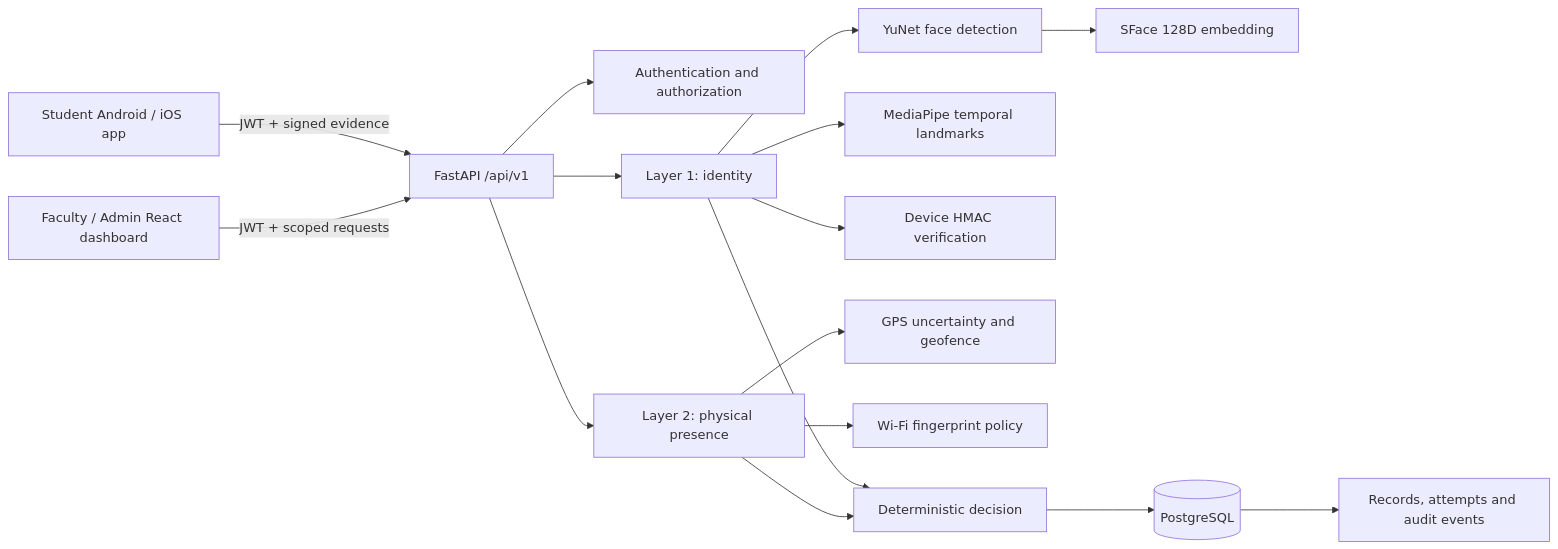
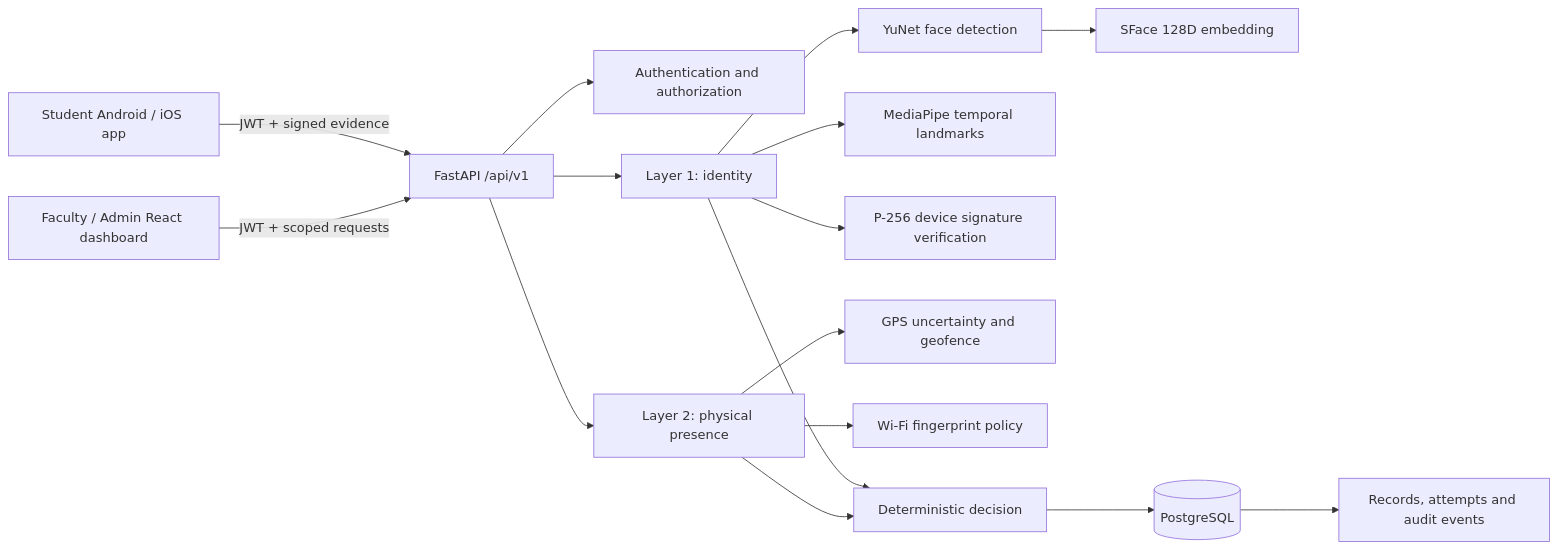
The first of 3 diagrams in docs/SYSTEM_ARCHITECTURE.md (Anishpantham/Secure-Presence-Verification-System-SVPS---Attendance-Software), drawn with Mermaid before and after one commit. The commit also changed other lines of this file and 98 other files, not shown here.

````diff
--- a/docs/SYSTEM_ARCHITECTURE.md
+++ b/docs/SYSTEM_ARCHITECTURE.md
@@ -5,18 +5,18 @@
 ```mermaid
 flowchart LR
   Student[Student Android / iOS app] -->|JWT + signed evidence| API[FastAPI /api/v1]
   Staff[Faculty / Admin React dashboard] -->|JWT + scoped requests| API
   API --> Auth[Authentication and authorization]
   API --> Identity[Layer 1: identity]
   Identity --> YuNet[YuNet face detection]
   YuNet --> SFace[SFace 128D embedding]
   Identity --> Mesh[MediaPipe temporal landmarks]
-  Identity --> Device[Device HMAC verification]
+  Identity --> Device[P-256 device signature verification]
   API --> Presence[Layer 2: physical presence]
   Presence --> GPS[GPS uncertainty and geofence]
   Presence --> WiFi[Wi-Fi fingerprint policy]
   Identity --> Decision[Deterministic decision]
   Presence --> Decision
   Decision --> DB[(PostgreSQL)]
   DB --> Audit[Records, attempts and audit events]
 ```
````
